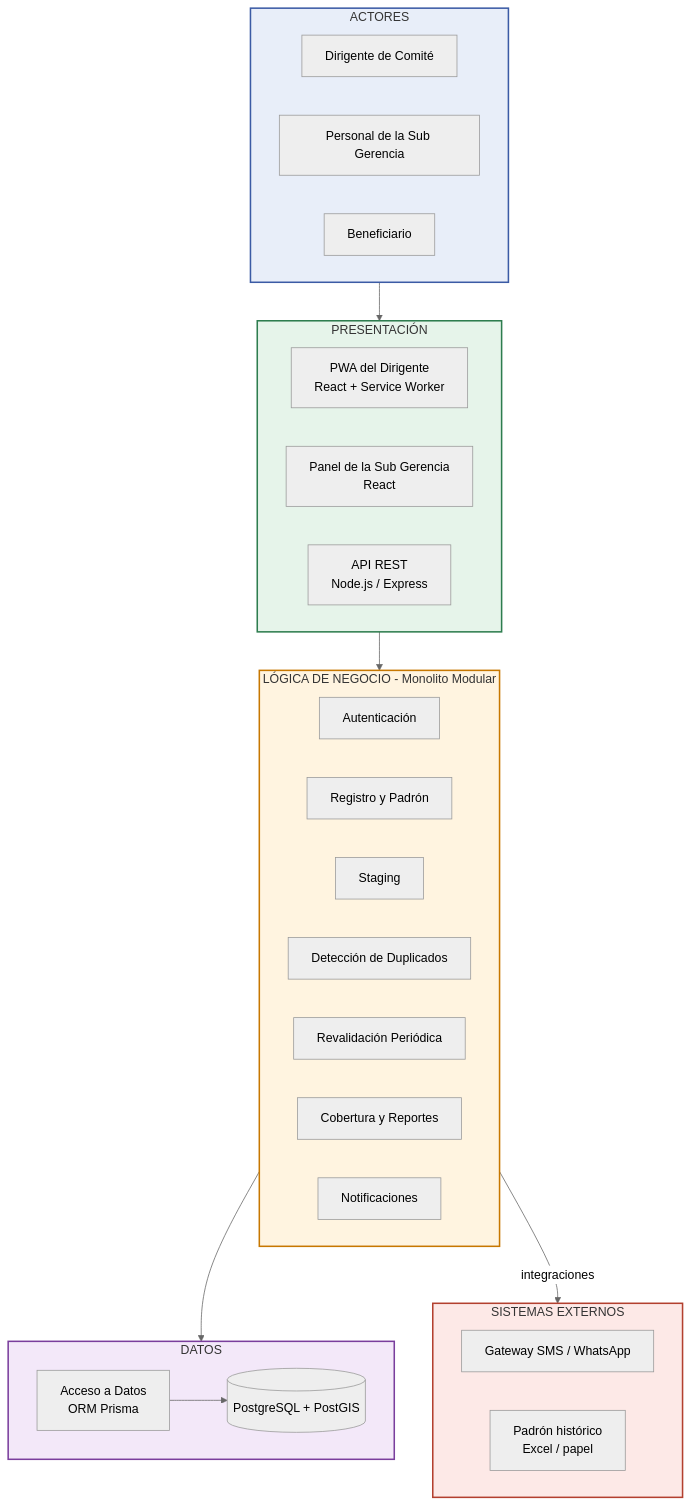
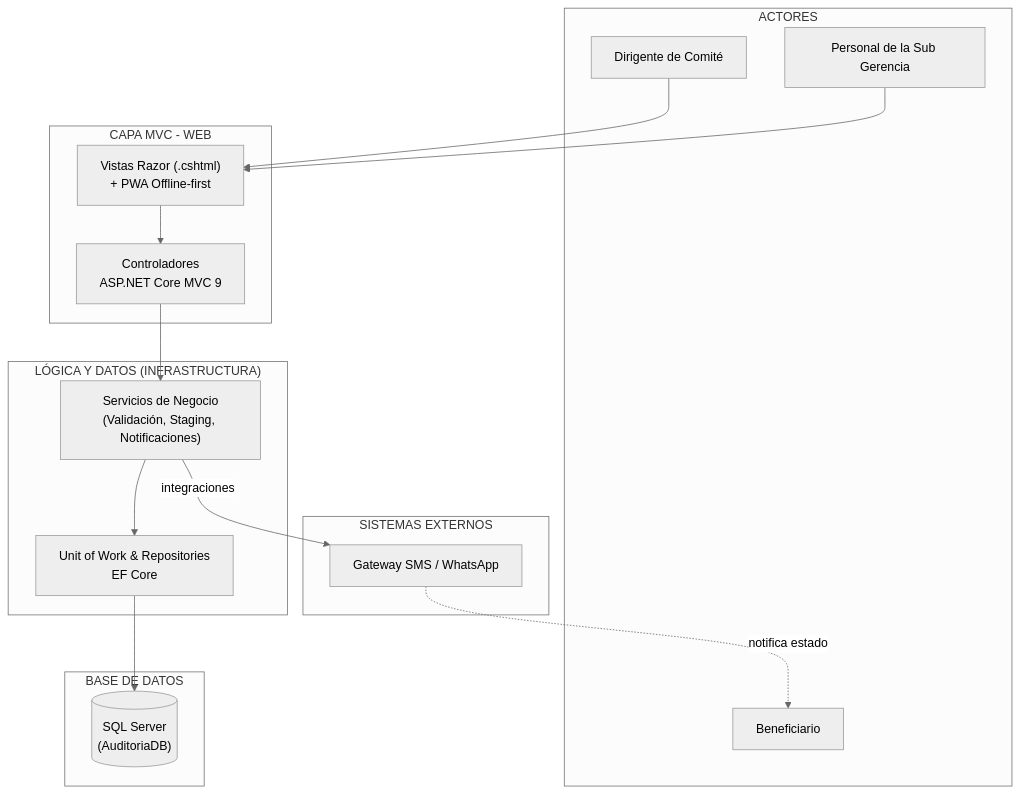
The first of 2 diagrams in arquitectura/arquitectura-inicial.md (Yey-Cardenas/ProgramasSociales-arquitSoft), drawn with Mermaid (neutral theme) before and after one commit. The commit also changed other lines of this file and 2 other files, not shown here.

Commit message:
docs: definir arquitectura MVC y Unit of Work en los documentos de diseño

````diff
--- a/arquitectura/arquitectura-inicial.md
+++ b/arquitectura/arquitectura-inicial.md
@@ -5,47 +5,35 @@
 ```mermaid
 flowchart TD
-
     subgraph ACTORES["ACTORES"]
         Dirigente["Dirigente de Comité"]
         SubGerencia["Personal de la Sub Gerencia"]
         Beneficiario["Beneficiario"]
     end
 
-    subgraph PRESENTACION["PRESENTACIÓN"]
-        PWA["PWA del Dirigente<br/>React + Service Worker"]
-        Panel["Panel de la Sub Gerencia<br/>React"]
-        API["API REST<br/>Node.js / Express"]
+    subgraph PRESENTACION["CAPA MVC - WEB"]
+        Vistas["Vistas Razor (.cshtml)<br/>+ PWA Offline-first"]
+        Controladores["Controladores<br/>ASP.NET Core MVC 9"]
     end
 
-    subgraph NEGOCIO["LÓGICA DE NEGOCIO - Monolito Modular"]
-        Auth["Autenticación"]
-        Registro["Registro y Padrón"]
-        Staging["Staging"]
-        Duplicados["Detección de Duplicados"]
-        Revalidacion["Revalidación Periódica"]
-        Reportes["Cobertura y Reportes"]
-        Notif["Notificaciones"]
+    subgraph NEGOCIO["LÓGICA Y DATOS (INFRASTRUCTURA)"]
+        Servicios["Servicios de Negocio<br/>(Validación, Staging, Notificaciones)"]
+        UoW["Unit of Work & Repositories<br/>EF Core"]
     end
 
-    subgraph DATOS["DATOS"]
-        ORM["Acceso a Datos<br/>ORM Prisma"]
-        BD[("PostgreSQL + PostGIS")]
+    subgraph DATOS["BASE DE DATOS"]
+        BD[("SQL Server<br/>(AuditoriaDB)")]
+    end
+    
+    subgraph EXTERNOS["SISTEMAS EXTERNOS"]
+        Gateway["Gateway SMS / WhatsApp"]
     end
 
-    subgraph EXTERNOS["SISTEMAS EXTERNOS"]
-        Gateway["Gateway SMS / WhatsApp"]
-        Padron["Padrón histórico<br/>Excel / papel"]
-    end
-
-    ACTORES --> PRESENTACION
-    PRESENTACION --> NEGOCIO
-    NEGOCIO --> DATOS
-    ORM --> BD
-    NEGOCIO -->|"integraciones"| EXTERNOS
-
-    style ACTORES fill:#E8EEF9,stroke:#3B5BA5,stroke-width:2px
-    style PRESENTACION fill:#E6F4EA,stroke:#2E7D4F,stroke-width:2px
-    style NEGOCIO fill:#FFF4E0,stroke:#C77700,stroke-width:2px
-    style DATOS fill:#F3E8F9,stroke:#7A3E9D,stroke-width:2px
-    style EXTERNOS fill:#FDE9E7,stroke:#B3402F,stroke-width:2px
+    Dirigente --> Vistas
+    SubGerencia --> Vistas
+    Vistas --> Controladores
+    Controladores --> Servicios
+    Servicios --> UoW
+    UoW --> BD
+    Servicios -->|"integraciones"| Gateway
+    Gateway -.->|"notifica estado"| Beneficiario
 ```
````
